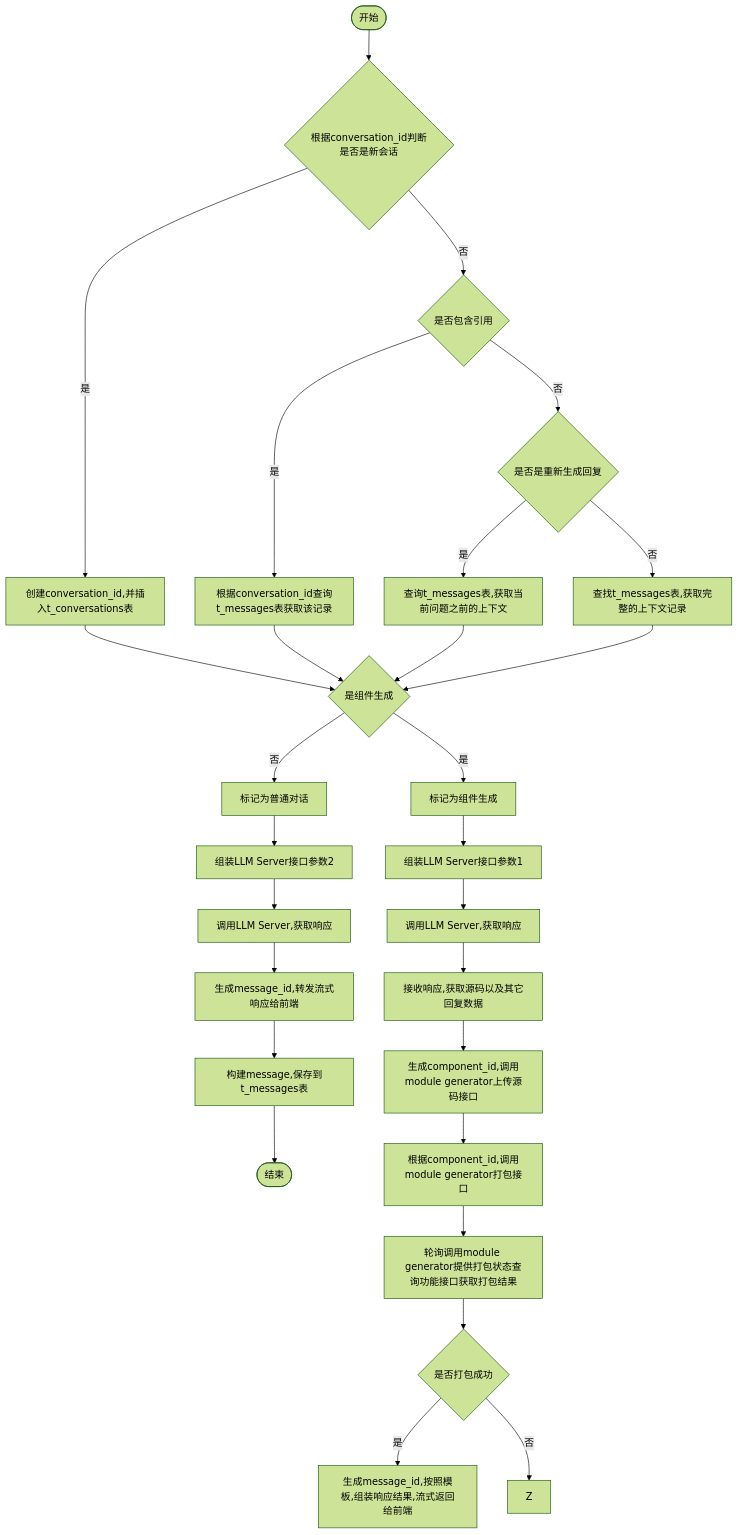
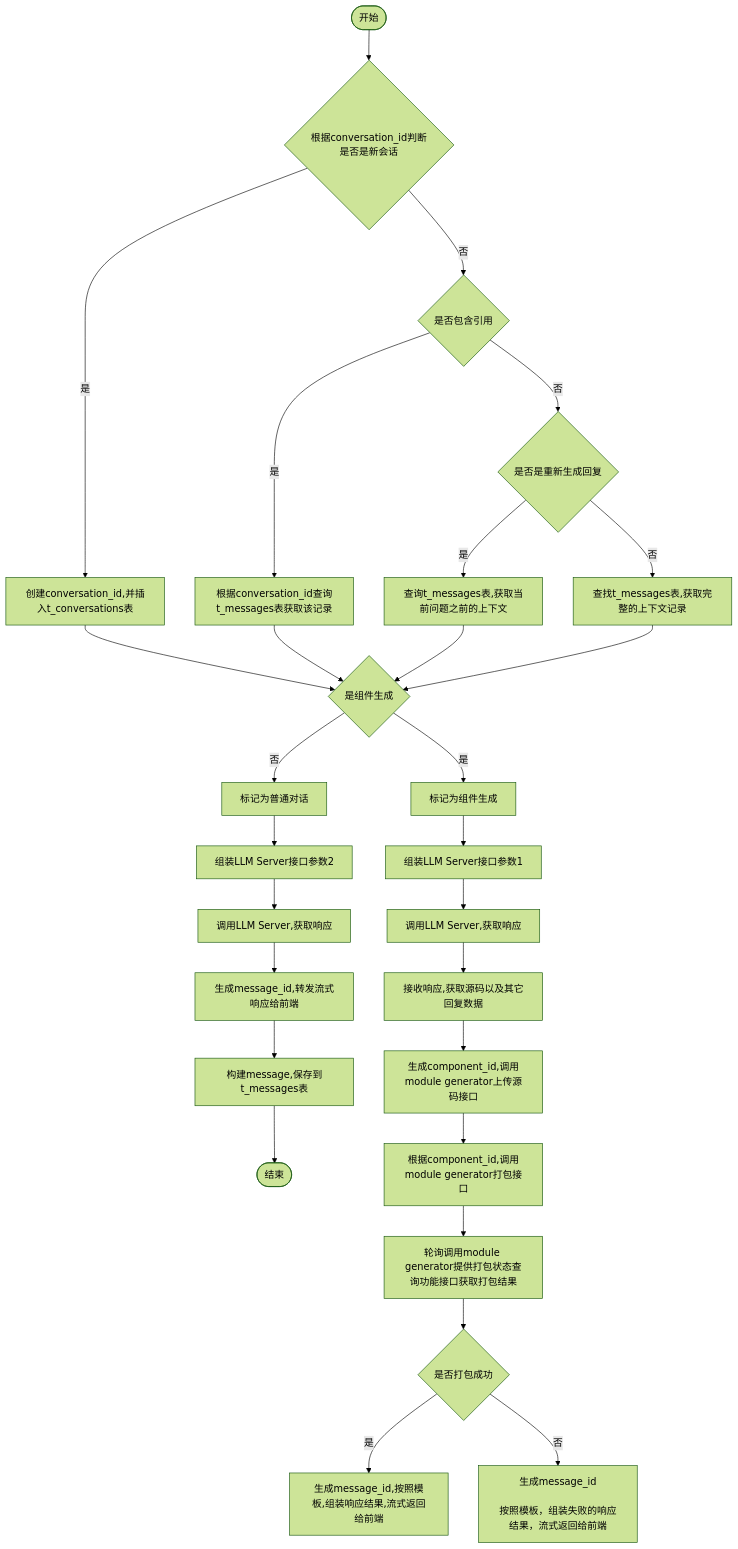
The diagram in all/未命名-7.md (yingjianzh/iodraw-files), drawn with Mermaid (forest theme) before and after one commit.

Commit message:
2024-10-12 14:37:54 update

````diff
--- a/all/未命名-7.md
+++ b/all/未命名-7.md
@@ -1,33 +1,35 @@
 ```mermaid
 flowchart TD
     A([开始]) --> B{根据conversation_id判断是否是新会话}
     B -- 是 --> C[创建conversation_id,并插入t_conversations表]
     B -- 否 --> D{是否包含引用}
     D -- 是 --> E[根据conversation_id查询t_messages表获取该记录]
     D -- 否 --> F{是否是重新生成回复}
     F -- 是 --> G[查询t_messages表,获取当前问题之前的上下文]
     F -- 否 --> H[查找t_messages表,获取完整的上下文记录]
      
     C & E & G & H --> I{是组件生成}
     I -- 是 --> J[标记为组件生成]
     I -- 否 --> K[标记为普通对话]
 
     J --> L[组装LLM Server接口参数1]    
     K --> M[组装LLM Server接口参数2]    
     M --> N[调用LLM Server,获取响应]    
     N --> O[生成message_id,转发流式响应给前端]
     O --> P[构建message,保存到t_messages表]
     P --> R([结束])
 
 
     L --> S[调用LLM Server,获取响应]
     S --> T[接收响应,获取源码以及其它回复数据]
     T --> U[生成component_id,调用module generator上传源码接口]
     U --> V[根据component_id,调用module generator打包接口]
     V --> W[轮询调用module generator提供打包状态查询功能接口获取打包结果]
     W --> X{是否打包成功}
     X -- 是 --> Y[生成message_id,按照模板,组装响应结果,流式返回给前端]
-    X -- 否 --> Z 
+    X -- 否 --> Z[生成message_id
+
+按照模板，组装失败的响应结果，流式返回给前端]
 
 
 ```
````
